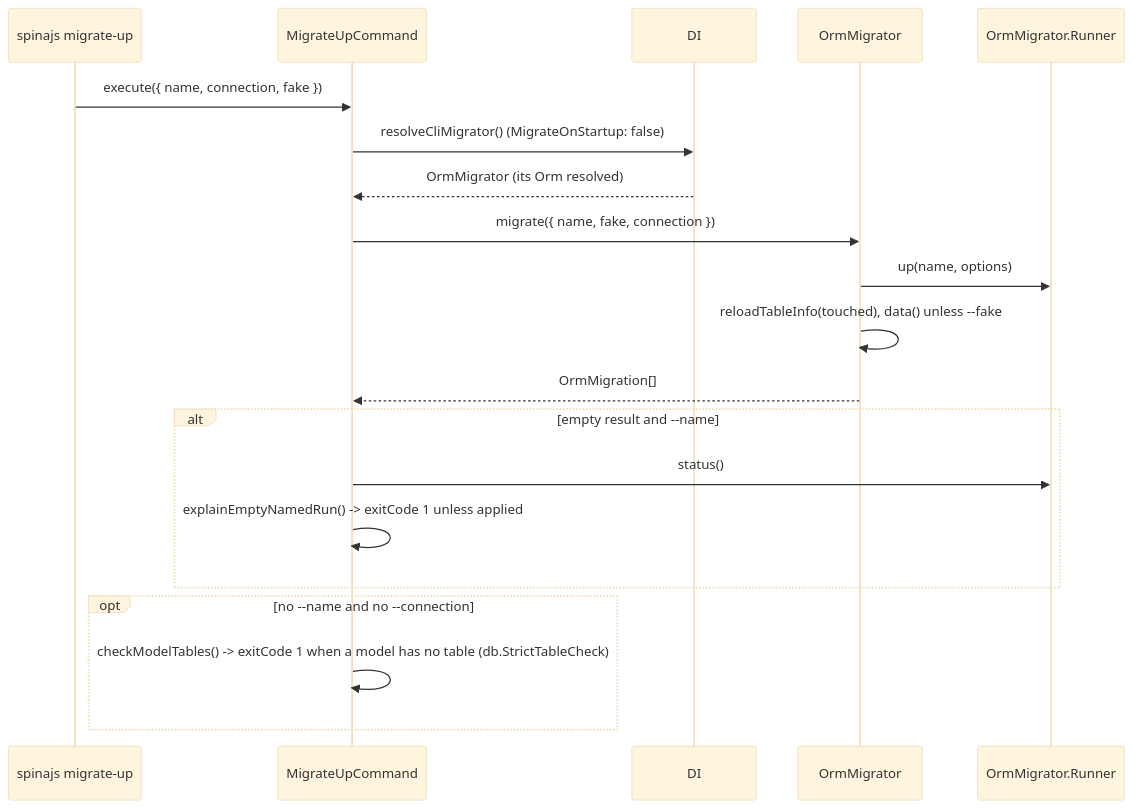
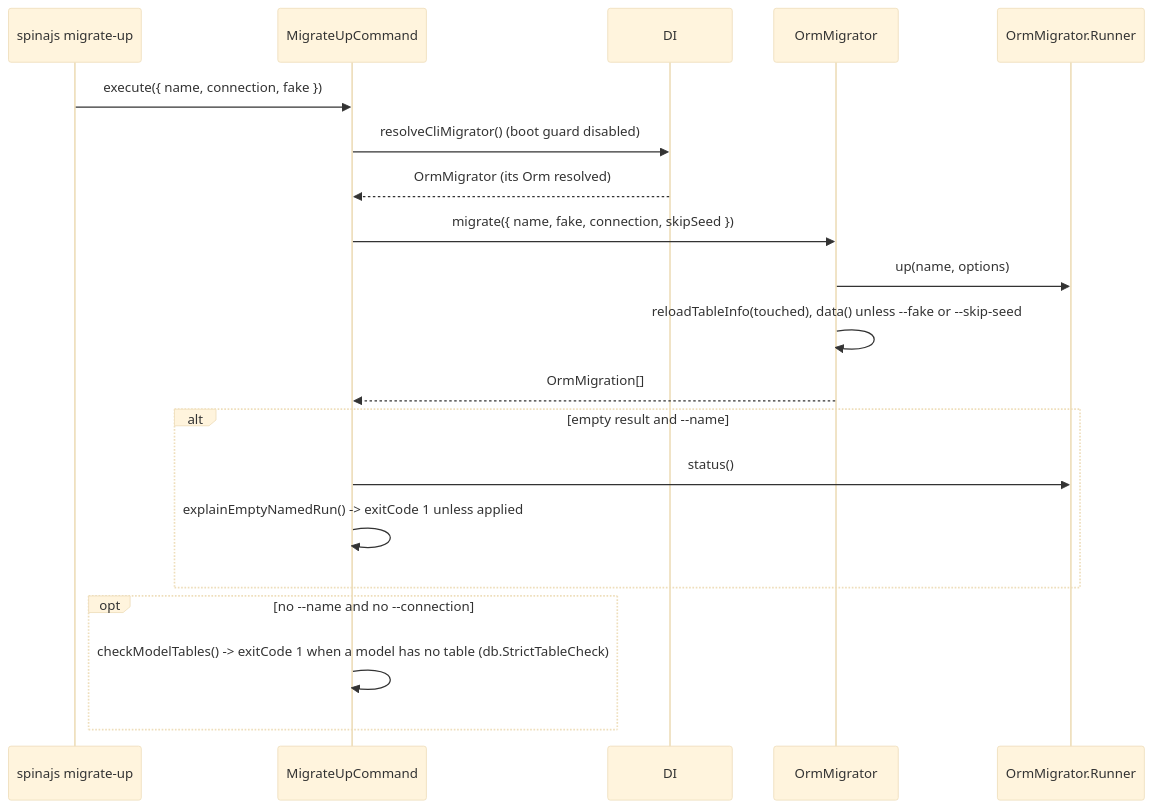
One commit to spinajs/main changed the diagram in docs/orm-cli/01-applying-migrations.md. Above: the diagram before and after it, drawn with Mermaid (base theme). The commit also changed other lines of this file and 163 other files, not shown here.

First line of the commit message:
feat(orm)!: the application never migrates; tools migrate from the CLI (3.1.0 switch, docs, release notes) (#521)

````diff
--- a/docs/orm-cli/01-applying-migrations.md
+++ b/docs/orm-cli/01-applying-migrations.md
@@ -36,22 +66,22 @@
 ```mermaid
 sequenceDiagram
   participant Op as spinajs migrate-up
   participant Cmd as MigrateUpCommand
   participant DI
   participant Mg as OrmMigrator
   participant R as OrmMigrator.Runner
   Op->>Cmd: execute({ name, connection, fake })
-  Cmd->>DI: resolveCliMigrator()  (MigrateOnStartup: false)
+  Cmd->>DI: resolveCliMigrator()  (boot guard disabled)
   DI-->>Cmd: OrmMigrator (its Orm resolved)
-  Cmd->>Mg: migrate({ name, fake, connection })
+  Cmd->>Mg: migrate({ name, fake, connection, skipSeed })
   Mg->>R: up(name, options)
-  Mg->>Mg: reloadTableInfo(touched), data() unless --fake
+  Mg->>Mg: reloadTableInfo(touched), data() unless --fake or --skip-seed
   Mg-->>Cmd: OrmMigration[]
   alt empty result and --name
     Cmd->>R: status()
     Cmd->>Cmd: explainEmptyNamedRun() -> exitCode 1 unless applied
   end
   opt no --name and no --connection
     Cmd->>Cmd: checkModelTables() -> exitCode 1 when a model has no table (db.StrictTableCheck)
   end
 ```
````
